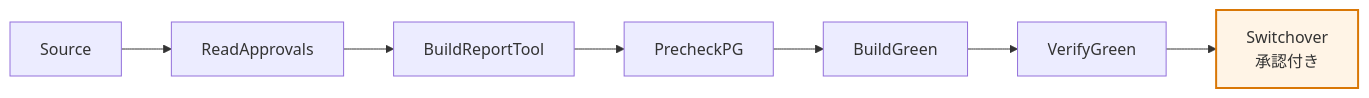
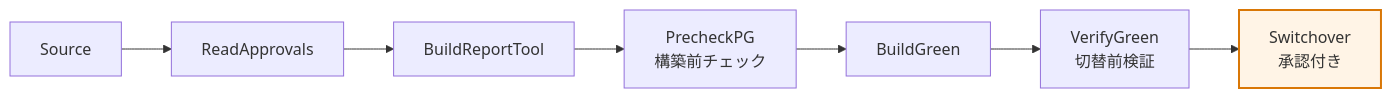
The second of 2 diagrams in docs/rds_mysql_upgrade/operations-migration-run.md (rxsxkxd/pk), drawn with Mermaid before and after one commit. The commit also changed other lines of this file and 20 other files, not shown here.

````diff
--- a/docs/rds_mysql_upgrade/operations-migration-run.md
+++ b/docs/rds_mysql_upgrade/operations-migration-run.md
@@ -170,8 +182,8 @@
 ```mermaid
 flowchart LR
-    S["Source"] --> RA["ReadApprovals"] --> BRT["BuildReportTool"] --> PC["PrecheckPG"] --> BG["BuildGreen"] --> VG["VerifyGreen"]
+    S["Source"] --> RA["ReadApprovals"] --> BRT["BuildReportTool"] --> PC["PrecheckPG<br/>構築前チェック"] --> BG["BuildGreen"] --> VG["VerifyGreen<br/>切替前検証"]
     VG --> SW["Switchover<br/>承認付き"]
 
     classDef gate fill:#fff4e6,stroke:#d97706,stroke-width:2px
     class SW gate
 ```
````
